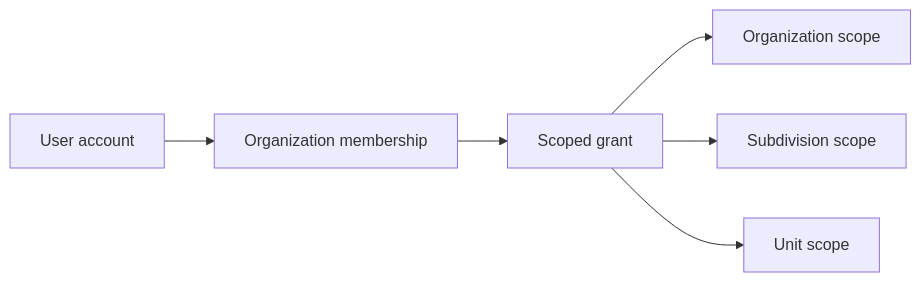
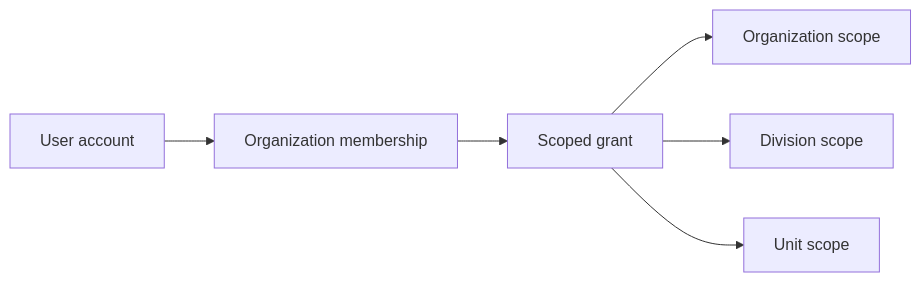
The fifth of 10 diagrams in docs/architecture/identity-master-data.md (vrk-app/vrk), drawn with Mermaid before and after one commit. The commit also changed other lines of this file and 313 other files, not shown here.

````diff
--- a/docs/architecture/identity-master-data.md
+++ b/docs/architecture/identity-master-data.md
@@ -186,8 +230,8 @@
 ```mermaid
 flowchart LR
     A["User account"] --> B["Organization membership"]
     B --> C["Scoped grant"]
     C --> D["Organization scope"]
-    C --> E["Subdivision scope"]
+    C --> E["Division scope"]
     C --> F["Unit scope"]
 ```
````
